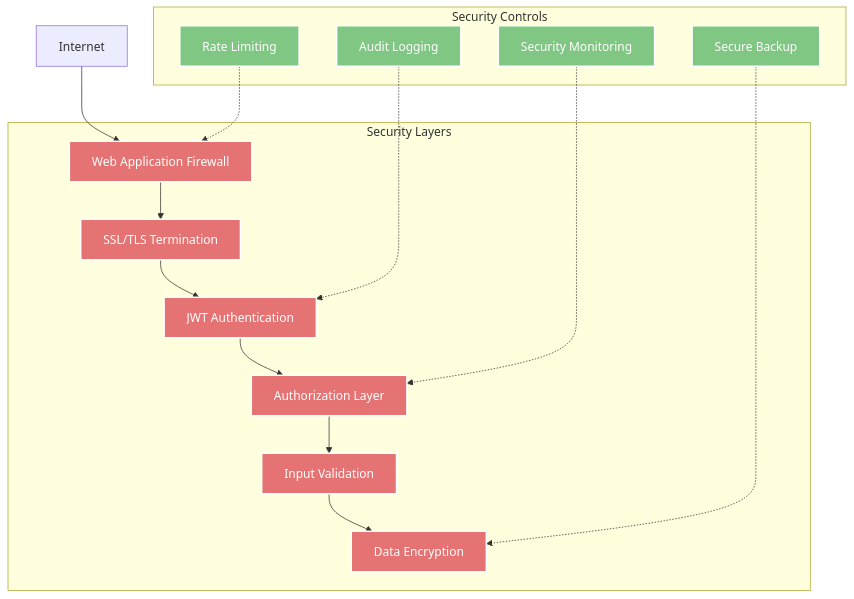
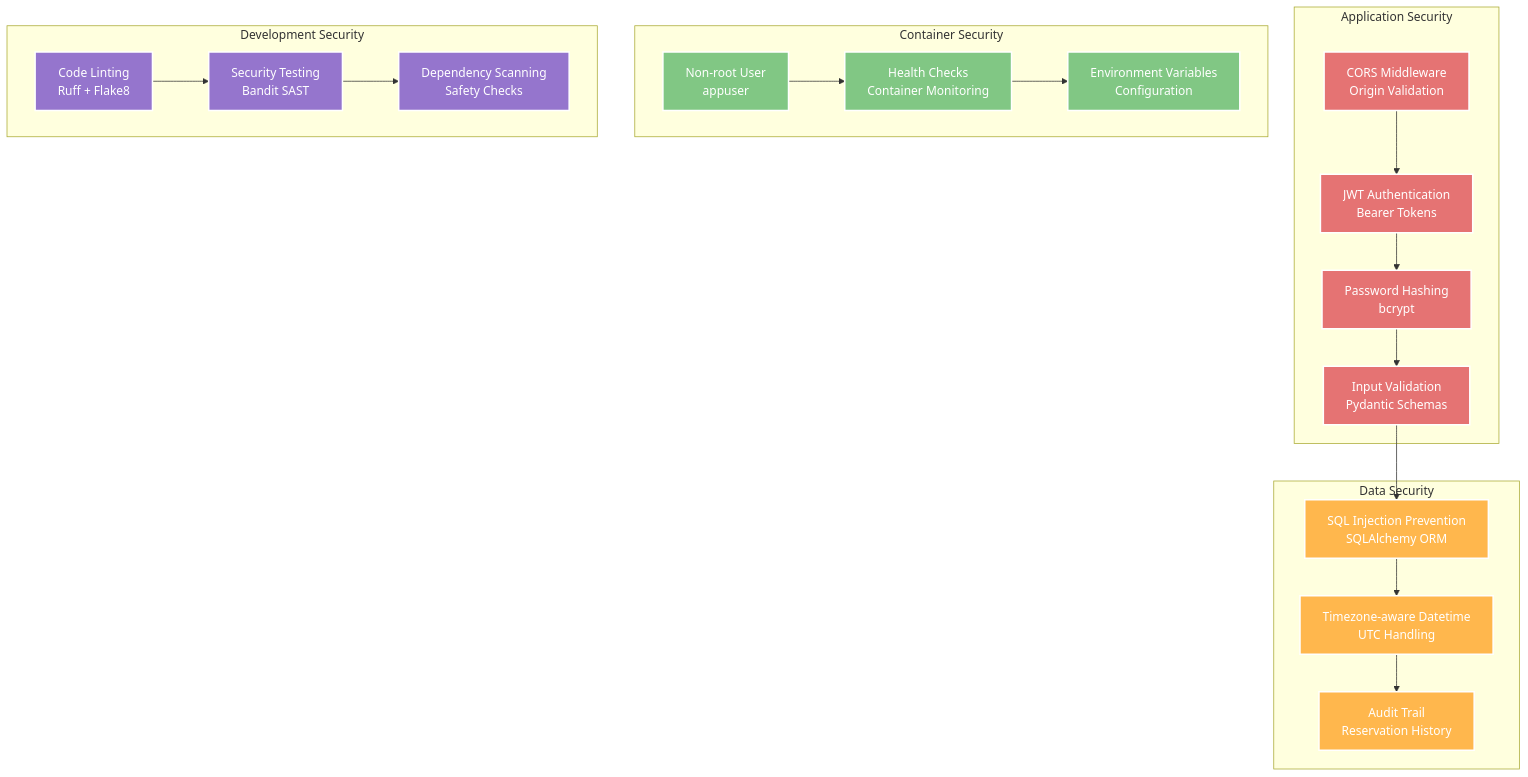
The fourth of 4 diagrams in architecture.md (sylvester-francis/Resource-Reserver), drawn with Mermaid before and after one commit. The commit also changed other lines of this file and 1 other file, not shown here.

````diff
--- a/architecture.md
+++ b/architecture.md
@@ -250,36 +222,55 @@
 ```mermaid
 graph TD
-    subgraph "Security Layers"
-        WAF[Web Application Firewall]
-        SSL[SSL/TLS Termination]
-        AUTH[JWT Authentication]
-        AUTHZ[Authorization Layer]
-        VALID[Input Validation]
-        ENCRYPT[Data Encryption]
+    subgraph "Application Security"
+        CORS[CORS Middleware<br/>Origin Validation]
+        JWT[JWT Authentication<br/>Bearer Tokens]
+        HASH[Password Hashing<br/>bcrypt]
+        VALID[Input Validation<br/>Pydantic Schemas]
     end
     
-    subgraph "Security Controls"
-        RATE[Rate Limiting]
-        AUDIT[Audit Logging]
-        MONITOR[Security Monitoring]
-        BACKUP[Secure Backup]
+    subgraph "Data Security"
+        ORM[SQL Injection Prevention<br/>SQLAlchemy ORM]
+        TZ[Timezone-aware Datetime<br/>UTC Handling]
+        AUDIT[Audit Trail<br/>Reservation History]
     end
     
-    Internet --> WAF
-    WAF --> SSL
-    SSL --> AUTH
-    AUTH --> AUTHZ
-    AUTHZ --> VALID
-    VALID --> ENCRYPT
+    subgraph "Container Security"
+        USER[Non-root User<br/>appuser]
+        HEALTH[Health Checks<br/>Container Monitoring]
+        ENV[Environment Variables<br/>Configuration]
+    end
     
-    RATE -.-> WAF
-    AUDIT -.-> AUTH
-    MONITOR -.-> AUTHZ
-    BACKUP -.-> ENCRYPT
+    subgraph "Development Security"
+        LINT[Code Linting<br/>Ruff + Flake8]
+        TEST[Security Testing<br/>Bandit SAST]
+        DEPS[Dependency Scanning<br/>Safety Checks]
+    end
     
-    classDef secClass fill:#E57373,stroke:#fff,stroke-width:2px,color:#fff
-    classDef controlClass fill:#81C784,stroke:#fff,stroke-width:2px,color:#fff
+    %% Security flow
+    CORS --> JWT
+    JWT --> HASH
+    HASH --> VALID
+    VALID --> ORM
     
-    class WAF,SSL,AUTH,AUTHZ,VALID,ENCRYPT secClass
-    class RATE,AUDIT,MONITOR,BACKUP controlClass
+    %% Data protection
+    ORM --> TZ
+    TZ --> AUDIT
+    
+    %% Container protection
+    USER --> HEALTH
+    HEALTH --> ENV
+    
+    %% Development flow
+    LINT --> TEST
+    TEST --> DEPS
+    
+    classDef appSecClass fill:#E57373,stroke:#fff,stroke-width:2px,color:#fff
+    classDef dataSecClass fill:#FFB74D,stroke:#fff,stroke-width:2px,color:#fff
+    classDef containerSecClass fill:#81C784,stroke:#fff,stroke-width:2px,color:#fff
+    classDef devSecClass fill:#9575CD,stroke:#fff,stroke-width:2px,color:#fff
+    
+    class CORS,JWT,HASH,VALID appSecClass
+    class ORM,TZ,AUDIT dataSecClass
+    class USER,HEALTH,ENV containerSecClass
+    class LINT,TEST,DEPS devSecClass
 ```
````
